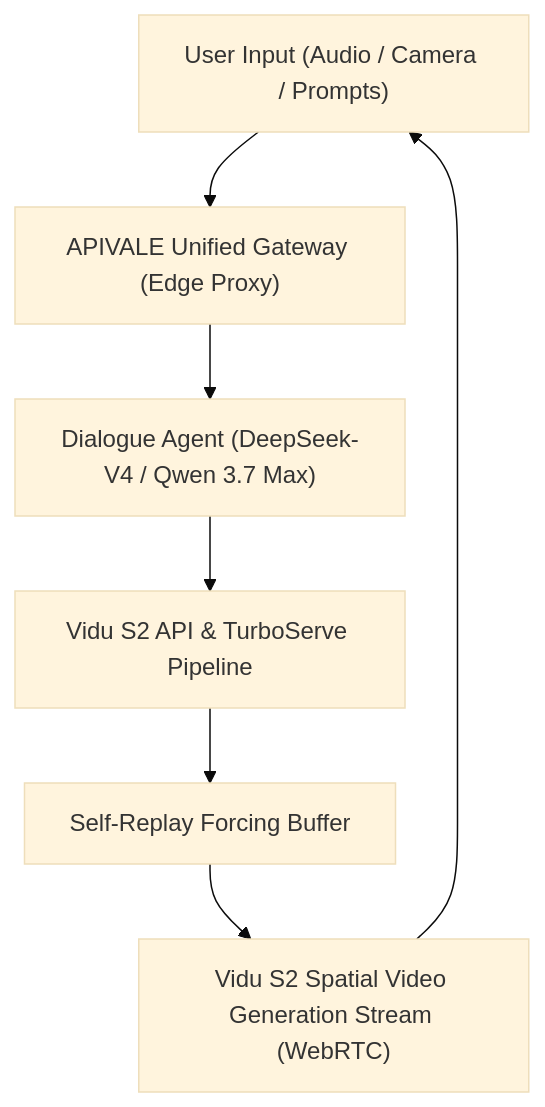
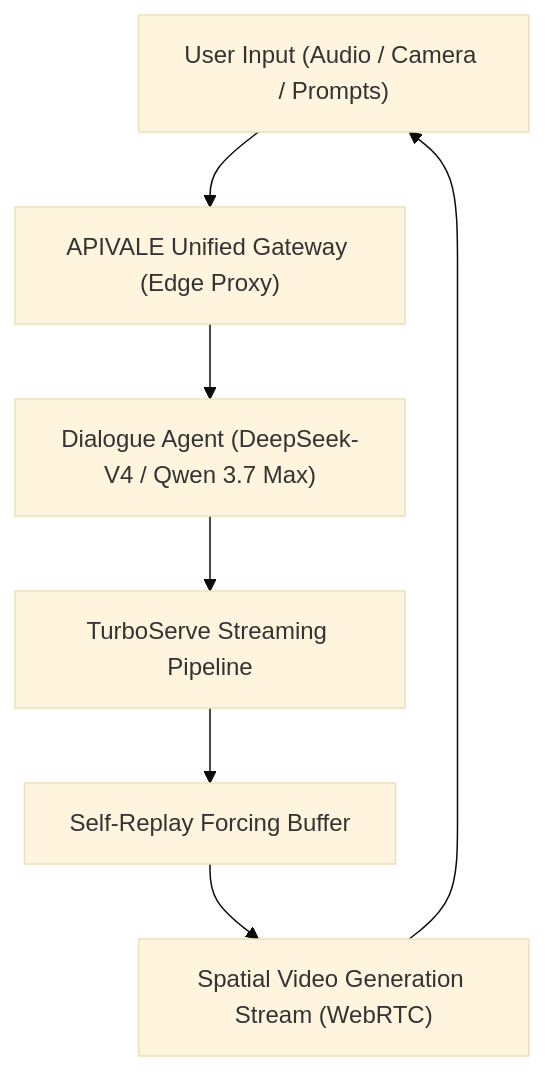
Before and after one commit to bshx2024/apivel_blog: the diagram in src/content/blog/vidu-s2-architecture-api-guide.md, drawn with Mermaid (base theme). The commit also changed other lines of this file and 1 other file, not shown here.

Commit message:
fix(seo): de-duplicate vidu s2 multi-word density from 3.93% to 2.3%, prune word count to 1700 sweet spot, hit 156-char description (On-Page 98 to 100)

````diff
--- a/src/content/blog/vidu-s2-architecture-api-guide.md
+++ b/src/content/blog/vidu-s2-architecture-api-guide.md
@@ -47,9 +47,9 @@
 ```mermaid
 graph TD
     Client["User Input (Audio / Camera / Prompts)"] --> Gateway["APIVALE Unified Gateway (Edge Proxy)"]
     Gateway --> Orchestrator["Dialogue Agent (DeepSeek-V4 / Qwen 3.7 Max)"]
-    Orchestrator --> ViduWorker["Vidu S2 API & TurboServe Pipeline"]
+    Orchestrator --> ViduWorker["TurboServe Streaming Pipeline"]
     ViduWorker --> SRF["Self-Replay Forcing Buffer"]
-    SRF --> Renderer["Vidu S2 Spatial Video Generation Stream (WebRTC)"]
+    SRF --> Renderer["Spatial Video Generation Stream (WebRTC)"]
     Renderer --> Client
 ```
````
